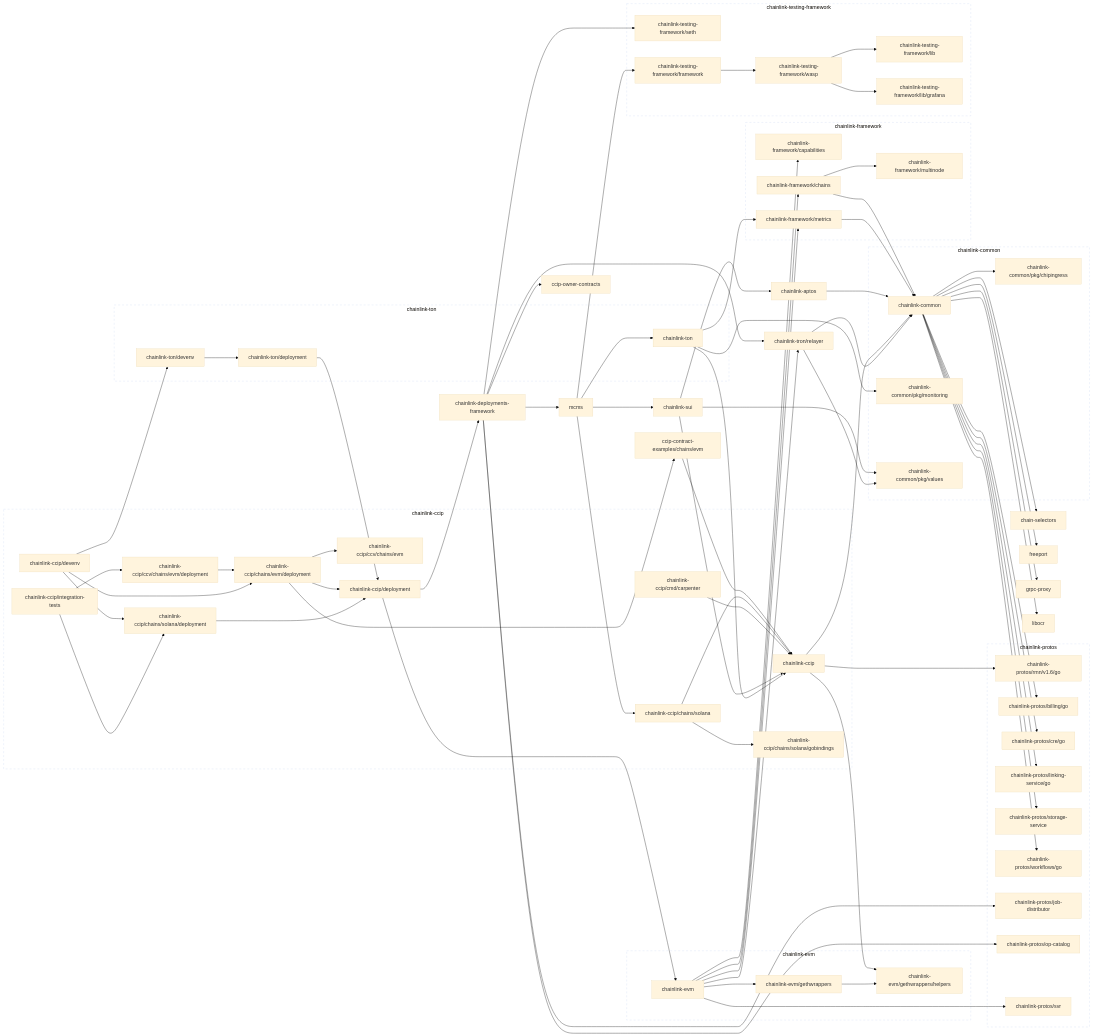
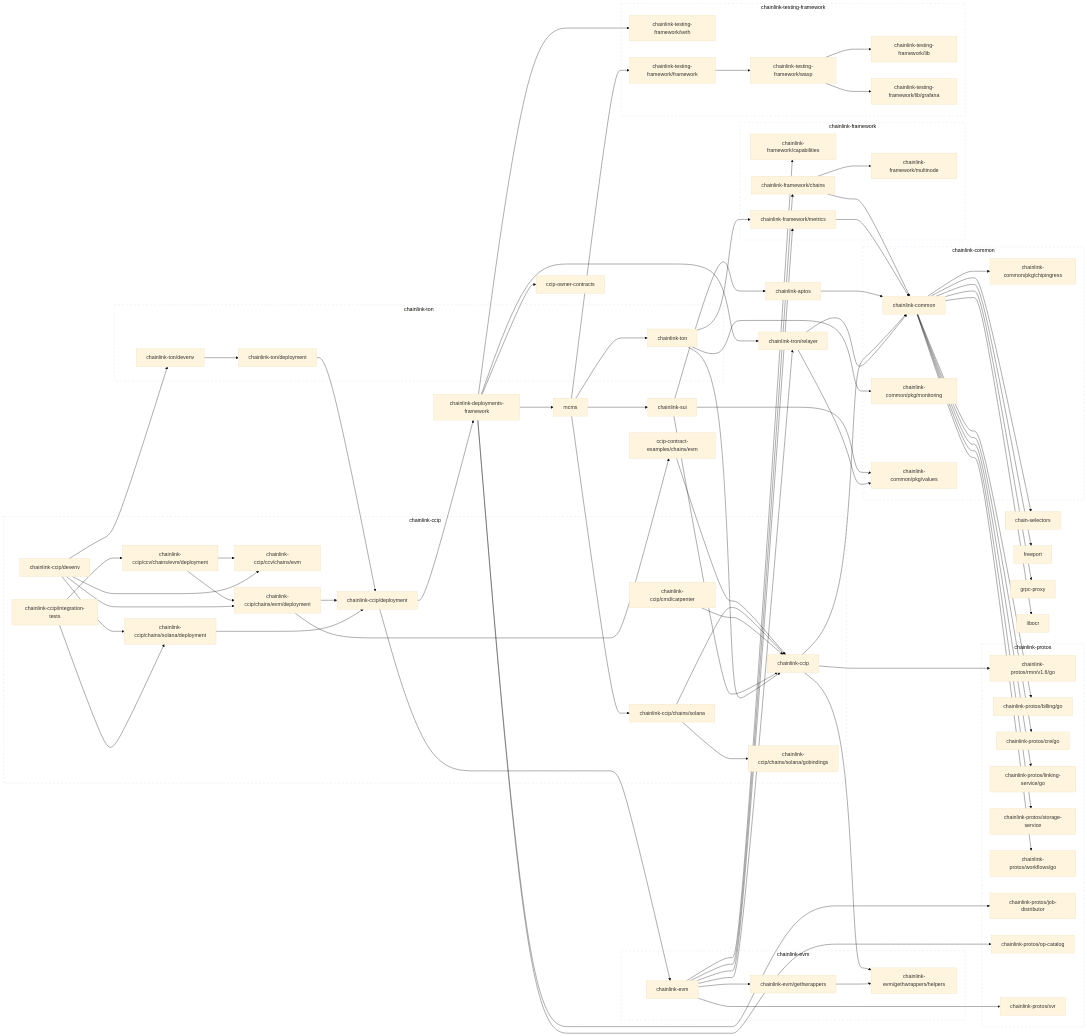
The second of 2 diagrams in go.md (smartcontractkit/chainlink-ccip), drawn with Mermaid (base theme) before and after one commit. The commit also changed 27 other files, not shown here.

First line of the commit message:
Post-merge fixes to chains/evm/deployment and integration-tests

```diff
--- a/go.md
+++ b/go.md
@@ -80,10 +80,10 @@
 	click chainlink-ccip href "https://github.com/smartcontractkit/chainlink-ccip"
 	chainlink-ccip/ccv/chains/evm
 	click chainlink-ccip/ccv/chains/evm href "https://github.com/smartcontractkit/chainlink-ccip"
+	chainlink-ccip/ccv/chains/evm/deployment --> chainlink-ccip/ccv/chains/evm
 	chainlink-ccip/ccv/chains/evm/deployment --> chainlink-ccip/chains/evm/deployment
 	click chainlink-ccip/ccv/chains/evm/deployment href "https://github.com/smartcontractkit/chainlink-ccip"
 	chainlink-ccip/chains/evm/deployment --> ccip-contract-examples/chains/evm
-	chainlink-ccip/chains/evm/deployment --> chainlink-ccip/ccv/chains/evm
 	chainlink-ccip/chains/evm/deployment --> chainlink-ccip/deployment
 	click chainlink-ccip/chains/evm/deployment href "https://github.com/smartcontractkit/chainlink-ccip"
 	chainlink-ccip/chains/solana --> chainlink-ccip
@@ -98,6 +98,7 @@
 	chainlink-ccip/deployment --> chainlink-deployments-framework
 	chainlink-ccip/deployment --> chainlink-evm
 	click chainlink-ccip/deployment href "https://github.com/smartcontractkit/chainlink-ccip"
+	chainlink-ccip/devenv --> chainlink-ccip/ccv/chains/evm
 	chainlink-ccip/devenv --> chainlink-ccip/chains/evm/deployment
 	chainlink-ccip/devenv --> chainlink-ccip/chains/solana/deployment
 	chainlink-ccip/devenv --> chainlink-ton/devenv
```
